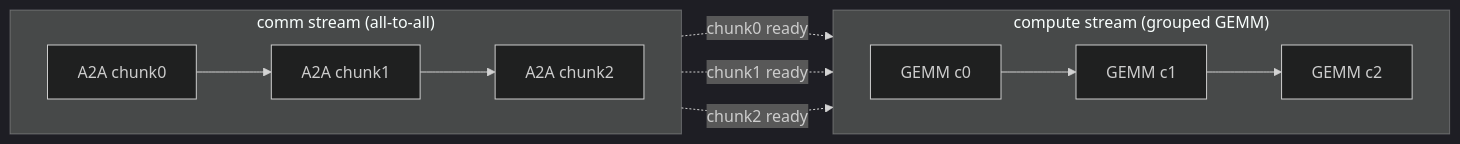
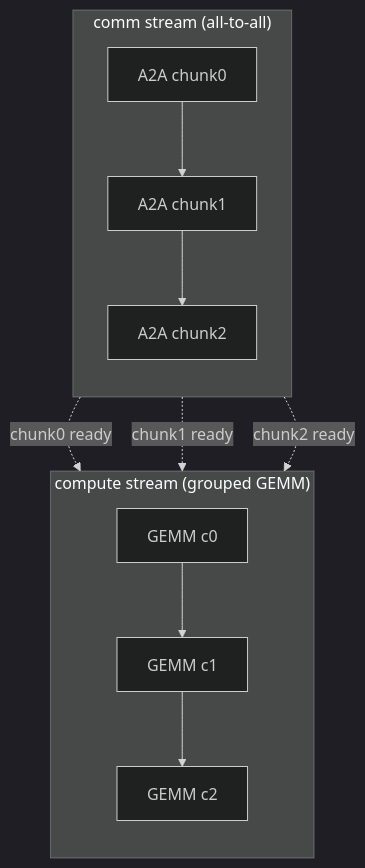
One commit to youyun8/deep-kernel-handbook changed the third of 3 diagrams in docs/moe/systems-ep.md. Above: the diagram before and after it, drawn with Mermaid (dark theme). The commit also changed other lines of this file and 36 other files, not shown here.

````diff
--- a/docs/moe/systems-ep.md
+++ b/docs/moe/systems-ep.md
@@ -110,15 +110,15 @@
 ```mermaid
-flowchart LR
+flowchart TB
     subgraph COMM["comm stream (all-to-all)"]
-      direction LR
+      direction TB
       A0["A2A chunk0"] --> A1["A2A chunk1"] --> A2["A2A chunk2"]
     end
     subgraph COMP["compute stream (grouped GEMM)"]
-      direction LR
+      direction TB
       G0["GEMM c0"] --> G1["GEMM c1"] --> G2["GEMM c2"]
     end
     A0 -.->|"chunk0 ready"| G0
     A1 -.->|"chunk1 ready"| G1
     A2 -.->|"chunk2 ready"| G2
     class G0,G1,G2 flagship;
 ```
````
